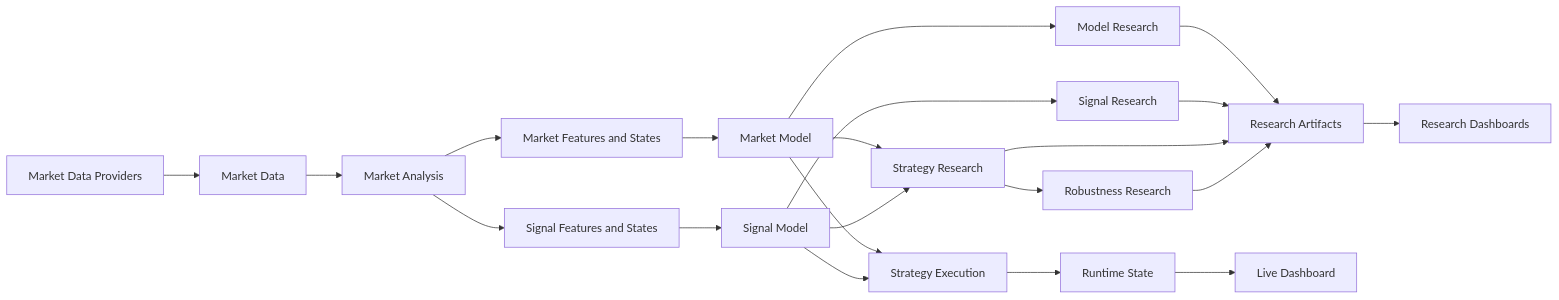
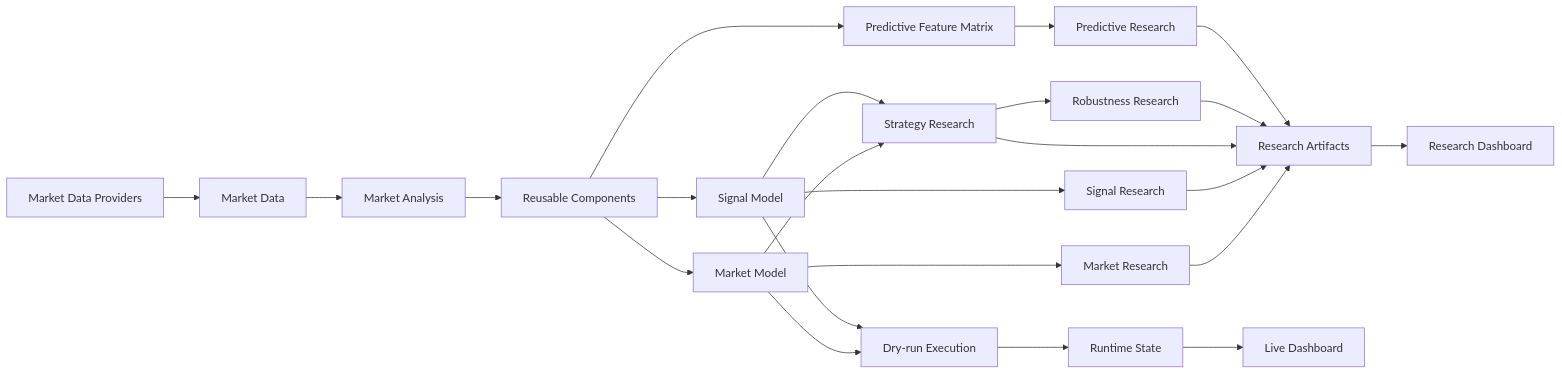
The diagram in README.md (folg-code/research-trading-framework), drawn with Mermaid before and after one commit. The commit also changed other lines of this file, not shown here.

Commit message:
docs: expand portfolio README with research workflows and CLI quick start (#454) (#455)

````diff
--- a/README.md
+++ b/README.md
@@ -117,31 +217,32 @@
 ```mermaid
 flowchart LR
     P[Market Data Providers] --> D[Market Data]
     D --> A[Market Analysis]
-    A --> MM[Market Features and States]
-    A --> SM[Signal Features and States]
+    A --> C[Reusable Components]
 
-    MM --> M[Market Model]
-    SM --> S[Signal Model]
+    C --> MM[Market Model]
+    C --> SM[Signal Model]
+    C --> FM[Predictive Feature Matrix]
 
-    M --> MR[Model Research]
-    S --> SR[Signal Research]
-
-    M --> STR[Strategy Research]
-    S --> STR
+    MM --> MR[Market Research]
+    SM --> SR[Signal Research]
+    MM --> STR[Strategy Research]
+    SM --> STR
 
     STR --> ROB[Robustness Research]
+    FM --> PR[Predictive Research]
 
-    M --> EX[Strategy Execution]
-    S --> EX
+    MM --> EX[Dry-run Execution]
+    SM --> EX
 
     MR --> RA[Research Artifacts]
     SR --> RA
     STR --> RA
     ROB --> RA
+    PR --> RA
 
     EX --> RS[Runtime State]
 
-    RA --> RD[Research Dashboards]
+    RA --> RD[Research Dashboard]
     RS --> LD[Live Dashboard]
 ```
````
